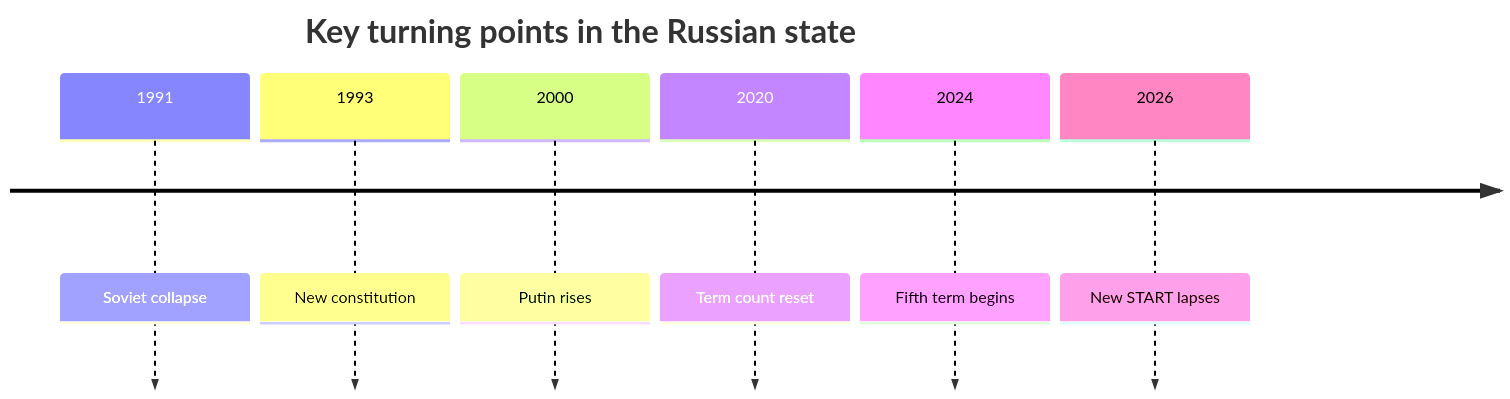
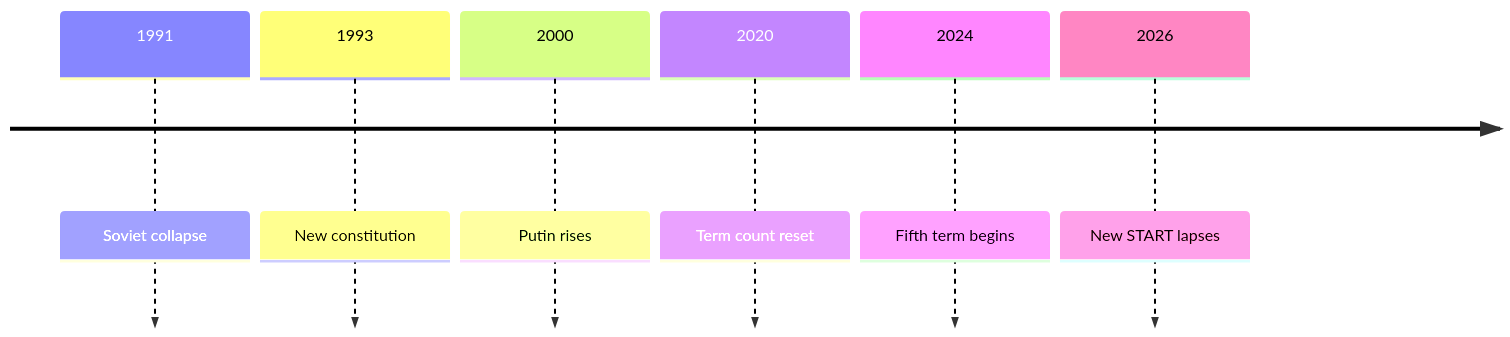
The second of 3 diagrams in articles/report/russia-geopolitical-profile/en/index.mdx (daylight55/research), drawn with Mermaid before and after one commit. The commit also changed other lines of this file and 181 other files, not shown here.

First line of the commit message:
全記事の図解368点を再生成し、共通注意書きを削除 (#402)

````diff
--- a/articles/report/russia-geopolitical-profile/en/index.mdx
+++ b/articles/report/russia-geopolitical-profile/en/index.mdx
@@ -46,10 +53,13 @@
 ```mermaid
 timeline
-  title Key turning points in the Russian state
+  accTitle: Milestones in Russia's state formation, power and arms control
+  accDescr: Separate the Soviet collapse, constitution, Putin presidency, term rules and arms-control changes chronologically.
+  accTitle: Milestones in Russia's state formation, power and arms control
+  accDescr: Separate the Soviet collapse, constitution, Putin presidency, term rules and arms-control changes chronologically.
   1991 : Soviet collapse
   1993 : New constitution
   2000 : Putin rises
   2020 : Term count reset
   2024 : Fifth term begins
   2026 : New START lapses
 ```
````
